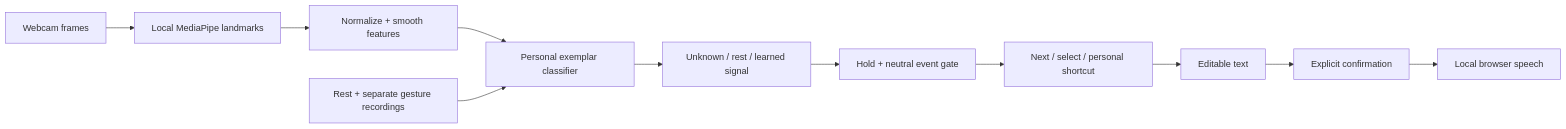
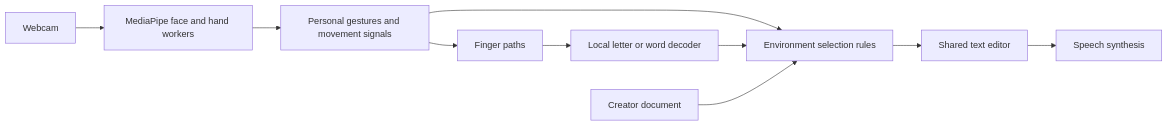
The diagram in README.md (konurnordberg/relay), drawn with Mermaid before and after one commit. The commit also changed other lines of this file and 18 other files, not shown here.

````diff
--- a/README.md
+++ b/README.md
@@ -237,13 +75,12 @@
 ```mermaid
 flowchart LR
-  A[Webcam frames] --> B[Local MediaPipe landmarks]
-  B --> C[Normalize + smooth features]
-  C --> D[Personal exemplar classifier]
-  E[Rest + separate gesture recordings] --> D
-  D --> F[Unknown / rest / learned signal]
-  F --> G[Hold + neutral event gate]
-  G --> H[Next / select / personal shortcut]
-  H --> I[Editable text]
-  I --> J[Explicit confirmation]
-  J --> K[Local browser speech]
+    A[Webcam] --> B[MediaPipe face and hand workers]
+    B --> C[Personal gestures and movement signals]
+    C --> D[Environment selection rules]
+    D --> E[Shared text editor]
+    E --> F[Speech synthesis]
+    C --> G[Finger paths]
+    G --> H[Local letter or word decoder]
+    H --> D
+    I[Creator document] --> D
 ```
````
